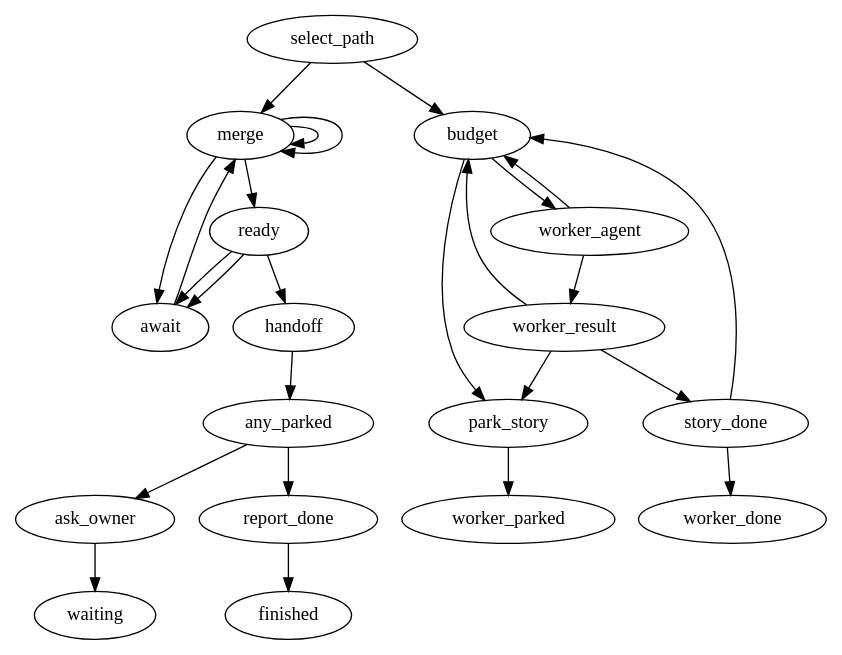
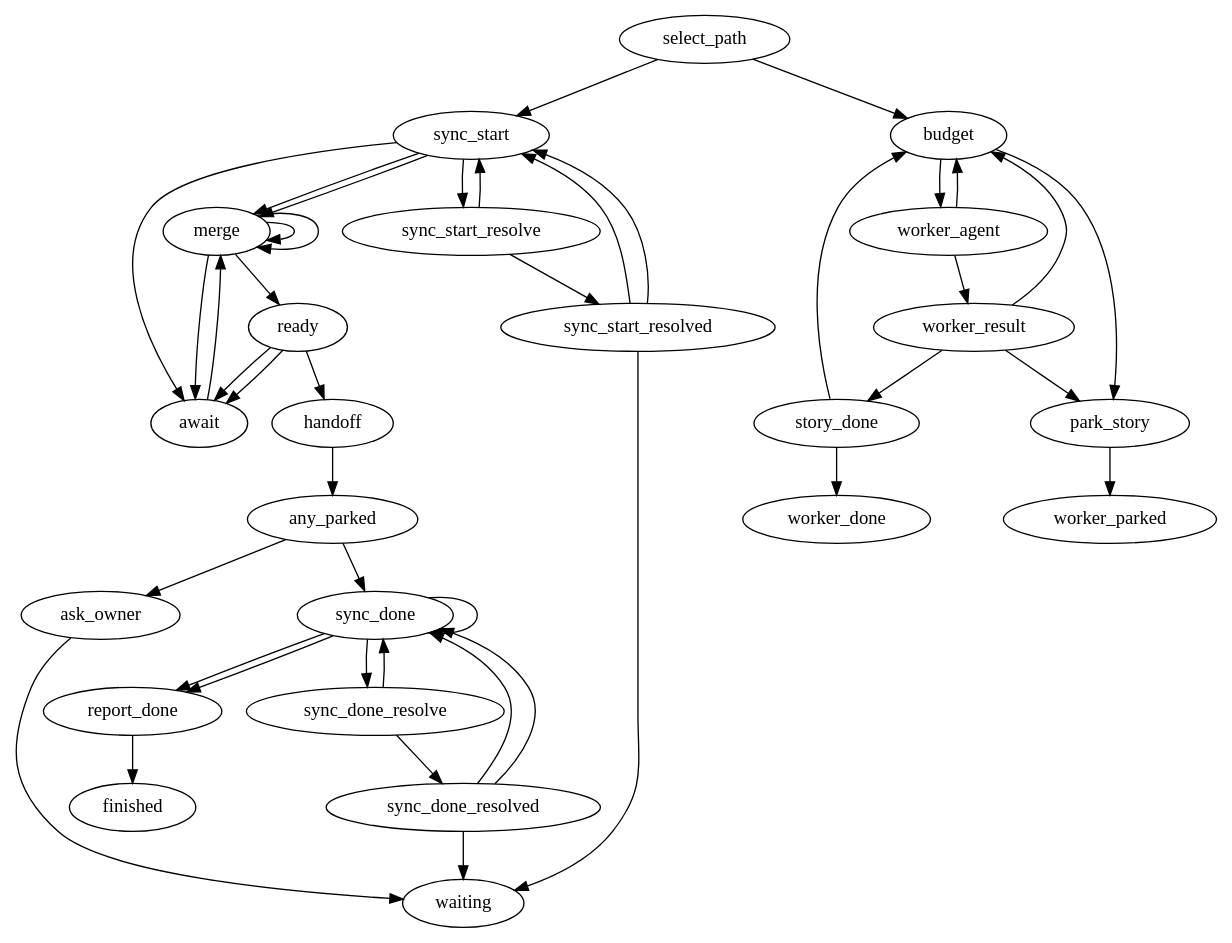
One commit to marioatcloudvane/litefactory changed the diagram in internal/teamsource/implement/implement.dot. Above: the diagram before and after it, drawn with Graphviz. The commit also changed 544 other files, not shown here.

```diff
--- a/internal/teamsource/implement/implement.dot
+++ b/internal/teamsource/implement/implement.dot
@@ -1,89 +1,127 @@
 // Implement runs a managed feature as a graph. The factory decides which path a
 // run takes: the parent issue takes the coordinator path, and each story
 // sub-issue takes the worker path with a session, branch and worktree of its
 // own. Independent stories therefore build side by side, and a story that fails
 // does not stop the others.
 //
-// Coordinator (parent issue). It merges finished stories until none is left,
-// then starts every story that is ready. While stories build it rests at await
+// Coordinator (parent issue). It first brings the repository's base branch
+// (main) into the feature branch, so stories build on a current base. Then it
+// merges finished stories until none is left and starts every story that is
+// ready. While stories build it rests at await
 // and ends the run; it wakes when a story changes state. When no story can start
 // or finish, it writes the hand-off report. If any story is parked, it asks the
 // owner one question that lists them all and waits. If every story is merged,
-// it reports completion on the parent once. The coordinator never writes code.
+// it brings main in once more and reports completion on the parent once. When
+// main conflicts with the feature branch, a resolver agent merges it in the
+// parent's worktree and resolves the conflict; the factory saves a completed
+// answer and syncs again. Only a blocked resolver asks the owner. The
+// coordinator itself never writes code.
 //
 // Worker (story sub-issue). The repair budget is counted in the story ledger:
 // the first attempt and two repairs. One write-access agent writes the code and
 // its tailored unit tests and runs them. Only an accepted completed answer is
 // saved (committed and pushed), and only then is the story done. A blocked
 // answer parks the story at once with the agent's own reason. An incomplete
 // answer, a failed attempt or a failed save counts one attempt and goes back to
 // the budget decision; the next attempt receives the reason. An exhausted budget
 // parks the story with the last worker's own reason.
 //
 // This file is the only place the flow lives. Go supplies steps and never picks
 // the next step. Every node has a positive lf_limit; the limits on the coordinator
 // loop are sized for the largest story set plus owner resumes, and the worker
 // limits hold the three attempts plus the final park.
 digraph implement {
  graph [team="go-development", mode="implement", profile_version="1", start="select_path"];
 
  // ---- Path selection ---------------------------------------------------------
  select_path [lf_action="lf_implement_select", lf_outcomes="coordinator,worker", lf_limit="4"];
 
  // ---- Coordinator --------------------------------------------------------------
  merge      [lf_action="lf_implement_merge", lf_outcomes="merged,parked,none,retry", lf_limit="64"];
  ready      [lf_action="lf_implement_ready", lf_outcomes="started,waiting,drained", lf_limit="64"];
  await      [lf_action="lf_implement_await", lf_outcomes="go", lf_limit="64"];
  handoff    [lf_action="lf_implement_handoff", lf_outcomes="posted", lf_limit="16"];
  any_parked [lf_action="lf_implement_any_parked", lf_outcomes="true,false", lf_limit="16"];
  ask_owner  [lf_action="lf_implement_ask", lf_outcomes="published", lf_source="merge", lf_limit="16"];
  report_done [lf_action="lf_implement_report_done", lf_outcomes="published", lf_source="merge", lf_limit="16"];
 
+ // ---- Base sync ------------------------------------------------------------------
+ sync_start          [lf_action="lf_sync_base", lf_outcomes="synced,current,conflict,retry", lf_limit="8"];
+ sync_start_resolve  [lf_action="lf_agent", lf_outcomes="success,failed", lf_agent_markdown="sync-resolver", lf_skills="implement-result,team-guidance", lf_limit="3"];
+ sync_start_resolved [lf_action="lf_implement_resolved", lf_outcomes="resolved,blocked,retry", lf_source="sync_start_resolve", lf_limit="3"];
+ sync_done           [lf_action="lf_sync_base", lf_outcomes="synced,current,conflict,retry", lf_limit="8"];
+ sync_done_resolve   [lf_action="lf_agent", lf_outcomes="success,failed", lf_agent_markdown="sync-resolver", lf_skills="implement-result,team-guidance", lf_limit="3"];
+ sync_done_resolved  [lf_action="lf_implement_resolved", lf_outcomes="resolved,blocked,retry", lf_source="sync_done_resolve", lf_limit="3"];
+
  // ---- Worker -----------------------------------------------------------------------
  budget        [lf_action="lf_implement_budget", lf_outcomes="run,park", lf_limit="8"];
  worker_agent  [lf_action="lf_agent", lf_outcomes="success,failed", lf_agent_markdown="story-worker", lf_skills="implement-result,team-guidance", lf_limit="3"];
  worker_result [lf_action="lf_implement_result", lf_outcomes="completed,incomplete,blocked", lf_source="worker_agent", lf_limit="3"];
  story_done    [lf_action="lf_implement_story_done", lf_outcomes="done,retry", lf_limit="3"];
  park_story    [lf_action="lf_implement_park", lf_outcomes="parked", lf_limit="4"];
 
  // ---- Terminals ------------------------------------------------------------------------
  waiting       [lf_terminal="true"];
  finished      [lf_terminal="true"];
  worker_done   [lf_terminal="true"];
  worker_parked [lf_terminal="true"];
 
- select_path -> merge  [lf_on="coordinator"];
- select_path -> budget [lf_on="worker"];
+ select_path -> sync_start [lf_on="coordinator"];
+ select_path -> budget     [lf_on="worker"];
+
+ // Coordinator start: bring main into the feature branch before any story
+ // starts. A conflict goes to the resolver; a completed resolution is saved and
+ // the sync runs again. A busy or moved branch rests at await and goes on.
+ sync_start          -> merge               [lf_on="synced"];
+ sync_start          -> merge               [lf_on="current"];
+ sync_start          -> sync_start_resolve  [lf_on="conflict"];
+ sync_start          -> await               [lf_on="retry"];
+ sync_start_resolve  -> sync_start_resolved [lf_on="success"];
+ sync_start_resolve  -> sync_start          [lf_on="failed"];
+ sync_start_resolved -> sync_start          [lf_on="resolved"];
+ sync_start_resolved -> sync_start          [lf_on="retry"];
+ sync_start_resolved -> waiting             [lf_on="blocked"];
 
  // Coordinator: merge until none, then ready. A started or waiting result rests
  // at await; a drained one is the end of the work.
  merge -> merge   [lf_on="merged"];
  merge -> merge   [lf_on="parked"];
  merge -> ready   [lf_on="none"];
  merge -> await   [lf_on="retry"];
  ready -> await   [lf_on="started"];
  ready -> await   [lf_on="waiting"];
  ready -> handoff [lf_on="drained"];
  await -> merge   [lf_on="go"];
 
- // After the hand-off, one question for every parked story, or the completion
- // reply and finish.
- handoff    -> any_parked [lf_on="posted"];
- any_parked -> ask_owner  [lf_on="true"];
- any_parked -> report_done [lf_on="false"];
- ask_owner  -> waiting    [lf_on="published"];
- report_done -> finished  [lf_on="published"];
+ // After the hand-off, one question for every parked story, or main once more
+ // and the completion reply and finish.
+ handoff     -> any_parked  [lf_on="posted"];
+ any_parked  -> ask_owner   [lf_on="true"];
+ any_parked  -> sync_done   [lf_on="false"];
+ ask_owner   -> waiting     [lf_on="published"];
+ report_done -> finished    [lf_on="published"];
+
+ // Coordinator end: bring main in again before the completion reply.
+ sync_done          -> report_done        [lf_on="synced"];
+ sync_done          -> report_done        [lf_on="current"];
+ sync_done          -> sync_done_resolve  [lf_on="conflict"];
+ sync_done          -> sync_done          [lf_on="retry"];
+ sync_done_resolve  -> sync_done_resolved [lf_on="success"];
+ sync_done_resolve  -> sync_done          [lf_on="failed"];
+ sync_done_resolved -> sync_done          [lf_on="resolved"];
+ sync_done_resolved -> sync_done          [lf_on="retry"];
+ sync_done_resolved -> waiting            [lf_on="blocked"];
 
  // Worker: budget, then the agent. Completed is saved; blocked parks at once. An
  // incomplete answer, a failed attempt or a failed save goes back to the budget.
  budget        -> worker_agent  [lf_on="run"];
  budget        -> park_story    [lf_on="park"];
  worker_agent  -> worker_result [lf_on="success"];
  worker_agent  -> budget        [lf_on="failed"];
  worker_result -> story_done    [lf_on="completed"];
  worker_result -> budget        [lf_on="incomplete"];
  worker_result -> park_story    [lf_on="blocked"];
  story_done    -> worker_done   [lf_on="done"];
  story_done    -> budget        [lf_on="retry"];
  park_story    -> worker_parked [lf_on="parked"];
 }
```
